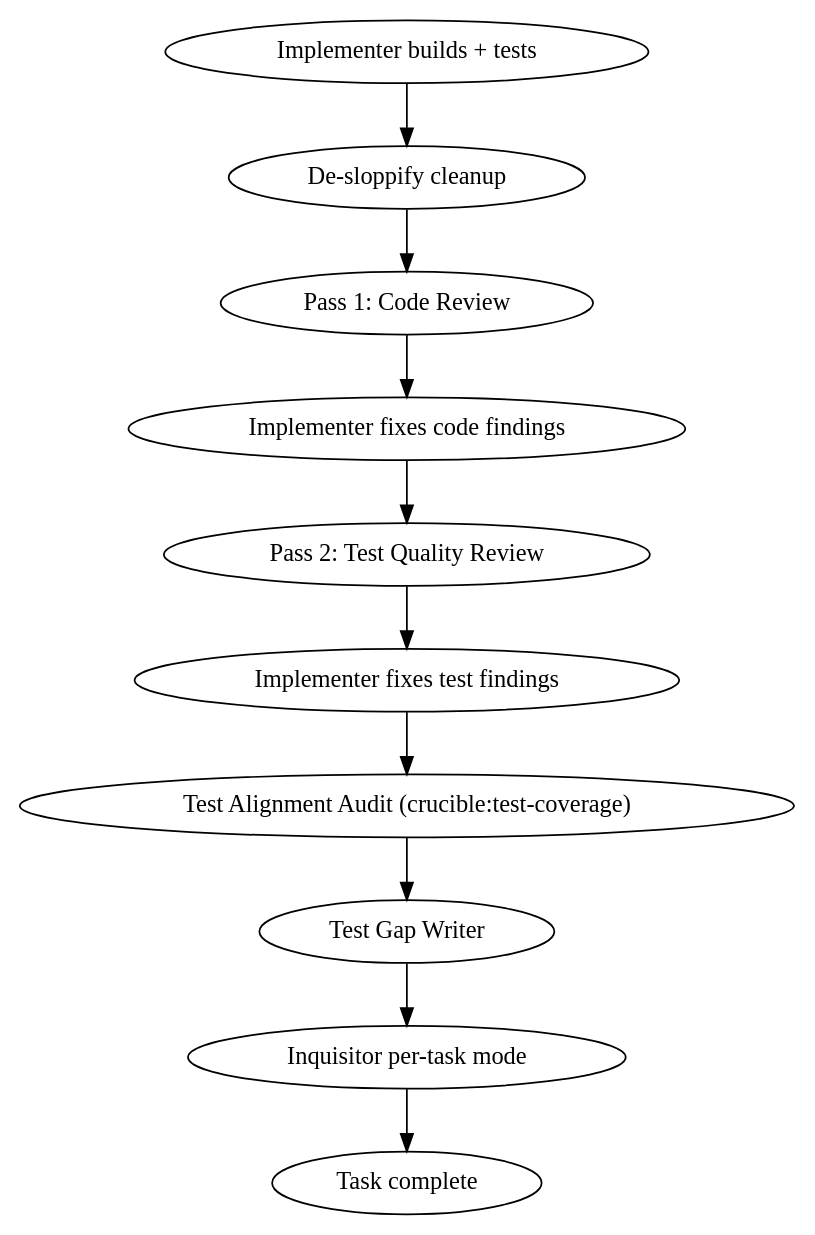
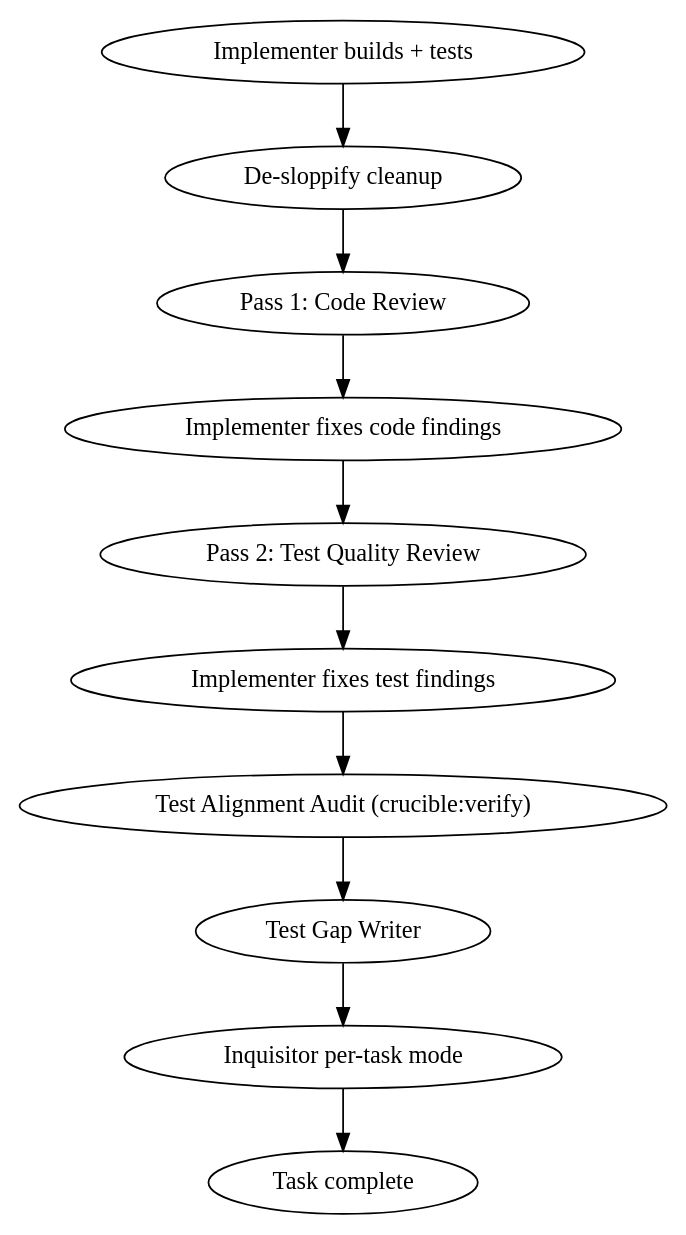
Before and after one commit to raddue/crucible: the diagram in skills/build/references/phase-3-execute.md, drawn with Graphviz. The commit also changed other lines of this file and 33 other files, not shown here.

Commit message:
refactor(verify): absorb test-coverage audit

````diff
--- a/skills/build/references/phase-3-execute.md
+++ b/skills/build/references/phase-3-execute.md
@@ -140,13 +140,13 @@
 ```dot
 digraph review {
   "Implementer builds + tests" -> "De-sloppify cleanup";
   "De-sloppify cleanup" -> "Pass 1: Code Review";
   "Pass 1: Code Review" -> "Implementer fixes code findings";
   "Implementer fixes code findings" -> "Pass 2: Test Quality Review";
   "Pass 2: Test Quality Review" -> "Implementer fixes test findings";
-  "Implementer fixes test findings" -> "Test Alignment Audit (crucible:test-coverage)";
-  "Test Alignment Audit (crucible:test-coverage)" -> "Test Gap Writer";
+  "Implementer fixes test findings" -> "Test Alignment Audit (crucible:verify)";
+  "Test Alignment Audit (crucible:verify)" -> "Test Gap Writer";
   "Test Gap Writer" -> "Inquisitor per-task mode";
   "Inquisitor per-task mode" -> "Task complete";
 }
 ```
````
